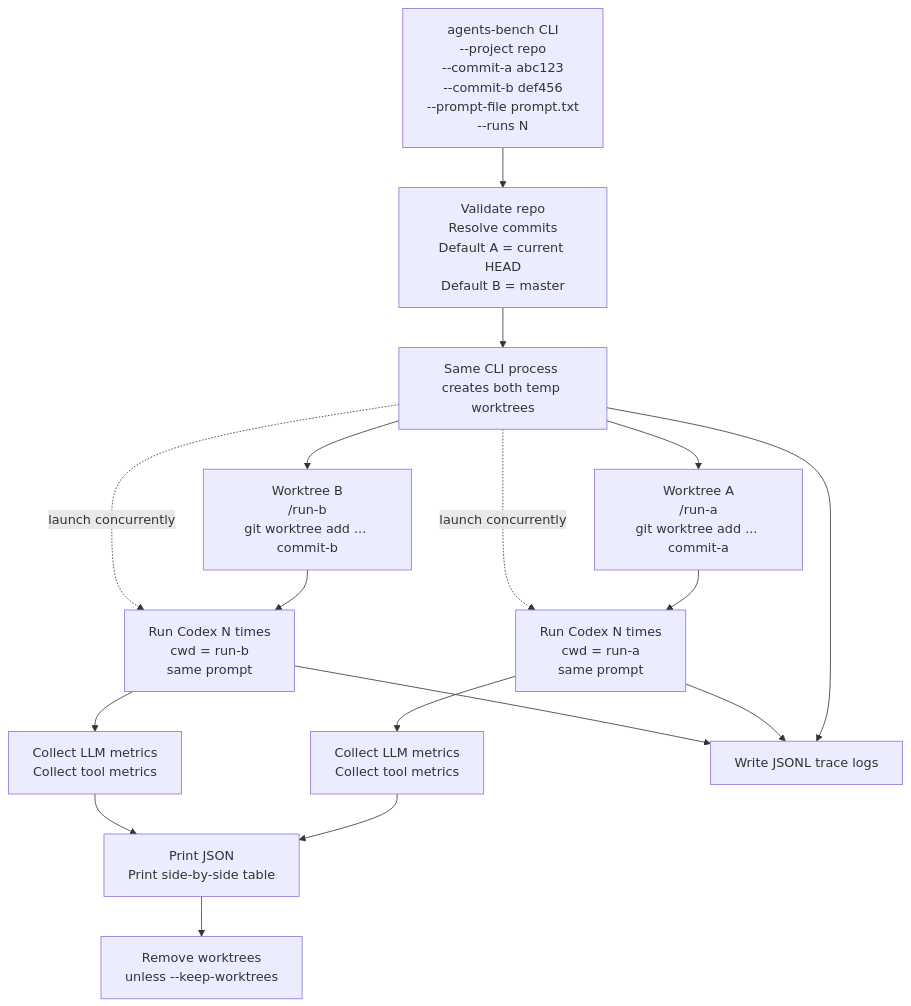
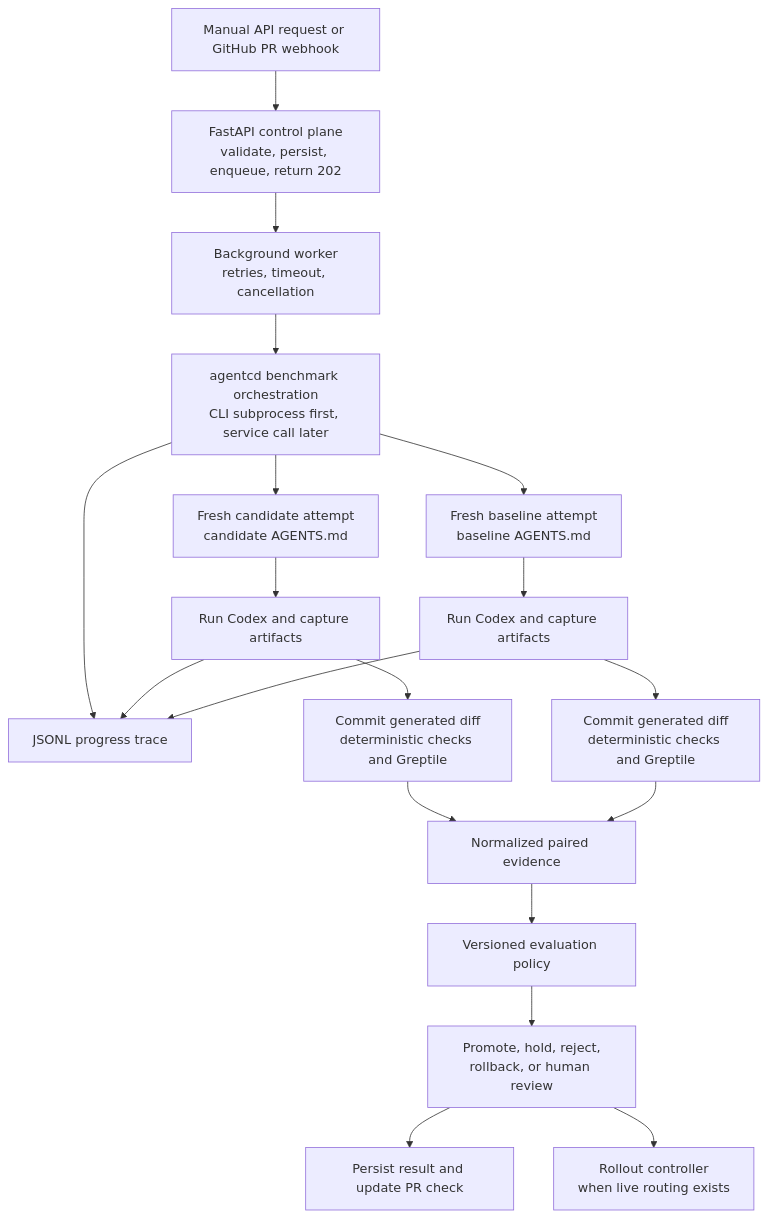
Before and after one commit to varshinivij/greptile_hack: the diagram in agentcd/PLAN.md, drawn with Mermaid. The commit also changed other lines of this file, not shown here.

````diff
--- a/agentcd/PLAN.md
+++ b/agentcd/PLAN.md
@@ -11,29 +71,31 @@
 ```mermaid
 flowchart TD
-    CLI["agents-bench CLI<br/>--project repo<br/>--commit-a abc123<br/>--commit-b def456<br/>--prompt-file prompt.txt<br/>--runs N"]
-    Validate["Validate repo<br/>Resolve commits<br/>Default A = current HEAD<br/>Default B = master"]
-    Create["Same CLI process creates both temp worktrees"]
+    Trigger["Manual API request or GitHub PR webhook"]
+    API["FastAPI control plane<br/>validate, persist, enqueue, return 202"]
+    Worker["Background worker<br/>retries, timeout, cancellation"]
+    Bench["agentcd benchmark orchestration<br/>CLI subprocess first, service call later"]
+    Trace["JSONL progress trace"]
 
-    CLI --> Validate --> Create
+    Trigger --> API --> Worker --> Bench
+    Bench --> Trace
 
-    Create --> WorktreeA["Worktree A<br/><tmp>/run-a<br/>git worktree add ... commit-a"]
-    Create --> WorktreeB["Worktree B<br/><tmp>/run-b<br/>git worktree add ... commit-b"]
+    Bench --> Candidate["Fresh candidate attempt<br/>candidate AGENTS.md"]
+    Bench --> Baseline["Fresh baseline attempt<br/>baseline AGENTS.md"]
 
-    WorktreeA --> CodexA["Run Codex N times<br/>cwd = run-a<br/>same prompt"]
-    WorktreeB --> CodexB["Run Codex N times<br/>cwd = run-b<br/>same prompt"]
+    Candidate --> CandidateRun["Run Codex and capture artifacts"]
+    Baseline --> BaselineRun["Run Codex and capture artifacts"]
+    CandidateRun --> Trace
+    BaselineRun --> Trace
 
-    Create -. "launch concurrently" .-> CodexA
-    Create -. "launch concurrently" .-> CodexB
+    CandidateRun --> CandidateEval["Commit generated diff<br/>deterministic checks and Greptile"]
+    BaselineRun --> BaselineEval["Commit generated diff<br/>deterministic checks and Greptile"]
 
-    CodexA --> MetricsA["Collect LLM metrics<br/>Collect tool metrics"]
-    CodexB --> MetricsB["Collect LLM metrics<br/>Collect tool metrics"]
+    CandidateEval --> Evidence["Normalized paired evidence"]
+    BaselineEval --> Evidence
 
-    MetricsA --> Output["Print JSON<br/>Print side-by-side table"]
-    MetricsB --> Output
+    Evidence --> Policy["Versioned evaluation policy"]
+    Policy --> Decision["Promote, hold, reject,<br/>rollback, or human review"]
 
-    Create --> Logs["Write JSONL trace logs"]
-    CodexA --> Logs
-    CodexB --> Logs
-
-    Output --> Cleanup["Remove worktrees<br/>unless --keep-worktrees"]
+    Decision --> Result["Persist result and update PR check"]
+    Decision --> Rollout["Rollout controller<br/>when live routing exists"]
 ```
````
